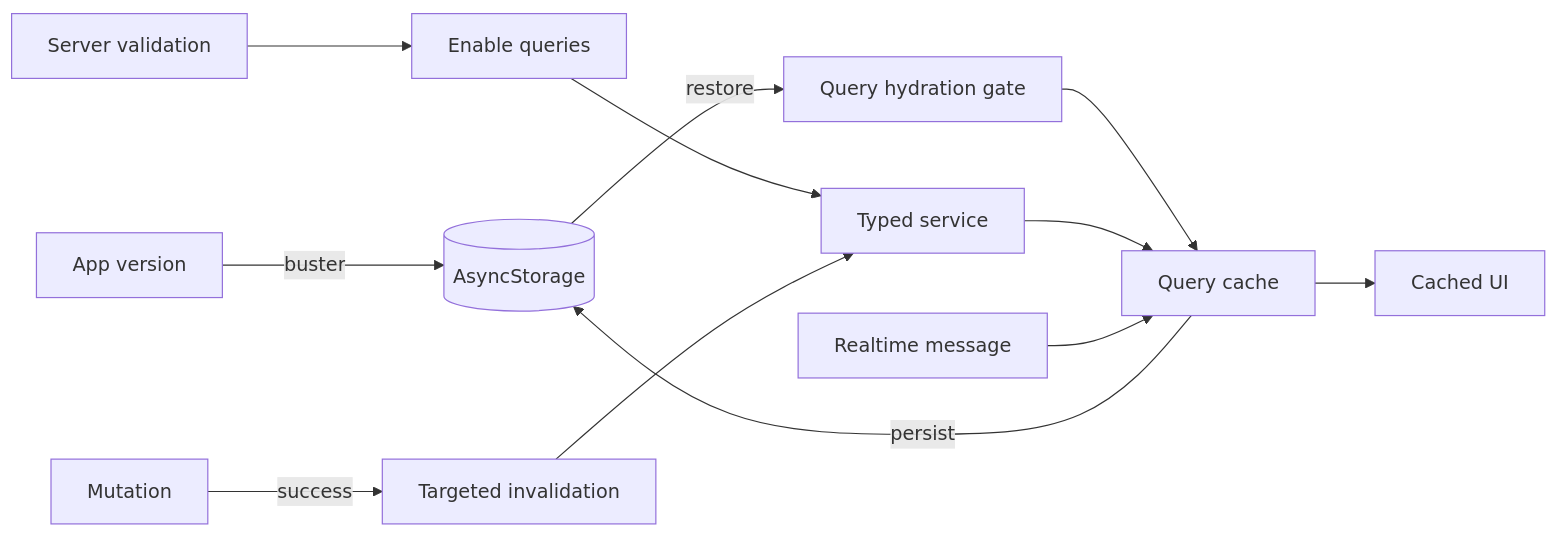
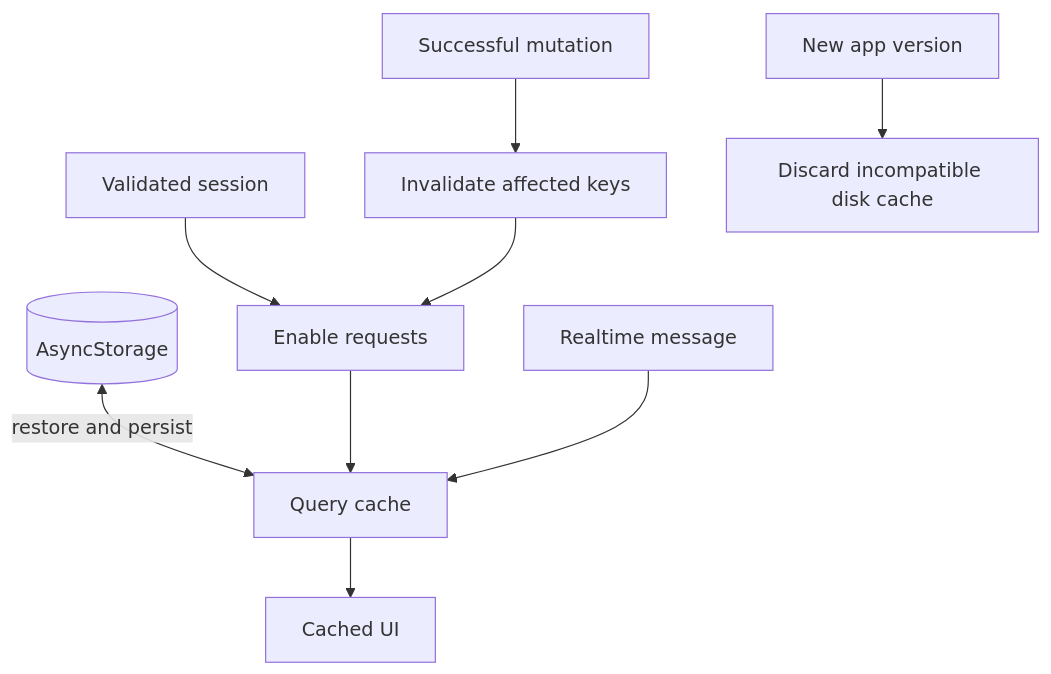
One commit to kobihanoch/Strong-Together-App changed the diagram in docs/server-state-cache-flow.md. Above: the diagram before and after it, drawn with Mermaid. The commit also changed 21 other files, not shown here.

````diff
--- a/docs/server-state-cache-flow.md
+++ b/docs/server-state-cache-flow.md
@@ -16,14 +16,11 @@
 ```mermaid
-flowchart LR
-    Disk[(AsyncStorage)] -->|restore| Gate[Query hydration gate]
-    Gate --> Cache[Query cache]
+flowchart TD
+    Disk[(AsyncStorage)] <-->|restore and persist| Cache[Query cache]
     Cache --> UI[Cached UI]
-    Auth[Server validation] --> Enabled[Enable queries]
-    Enabled --> Service[Typed service]
-    Service --> Cache
-    Mutation -->|success| Invalidations[Targeted invalidation]
-    Invalidations --> Service
-    Cache -->|persist| Disk
+    Auth[Validated session] --> Network[Enable requests]
+    Network --> Cache
+    Mutation[Successful mutation] --> Refresh[Invalidate affected keys]
+    Refresh --> Network
     Socket[Realtime message] --> Cache
-    Version[App version] -->|buster| Disk
+    Version[New app version] --> Reset[Discard incompatible disk cache]
 ```
````
